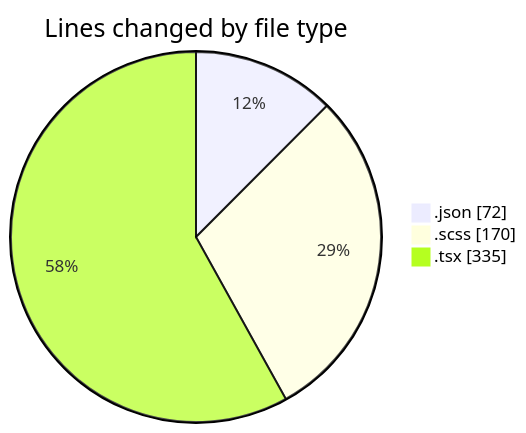
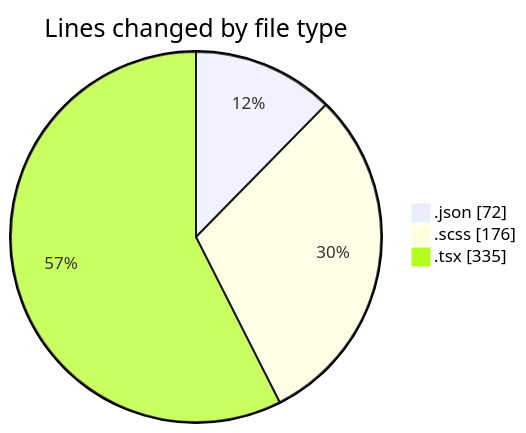
The first of 2 diagrams in 2026-10-12/cda/README.md (momahboobian/code-tracking), drawn with Mermaid before and after one commit. The commit also changed other lines of this file and 1 other file, not shown here.

````diff
--- a/2026-10-12/cda/README.md
+++ b/2026-10-12/cda/README.md
@@ -25,7 +25,7 @@
 ```mermaid
 pie showData
 title Lines changed by file type
 ".json" : 72
-".scss" : 170
+".scss" : 176
 ".tsx" : 335
 ```
````
